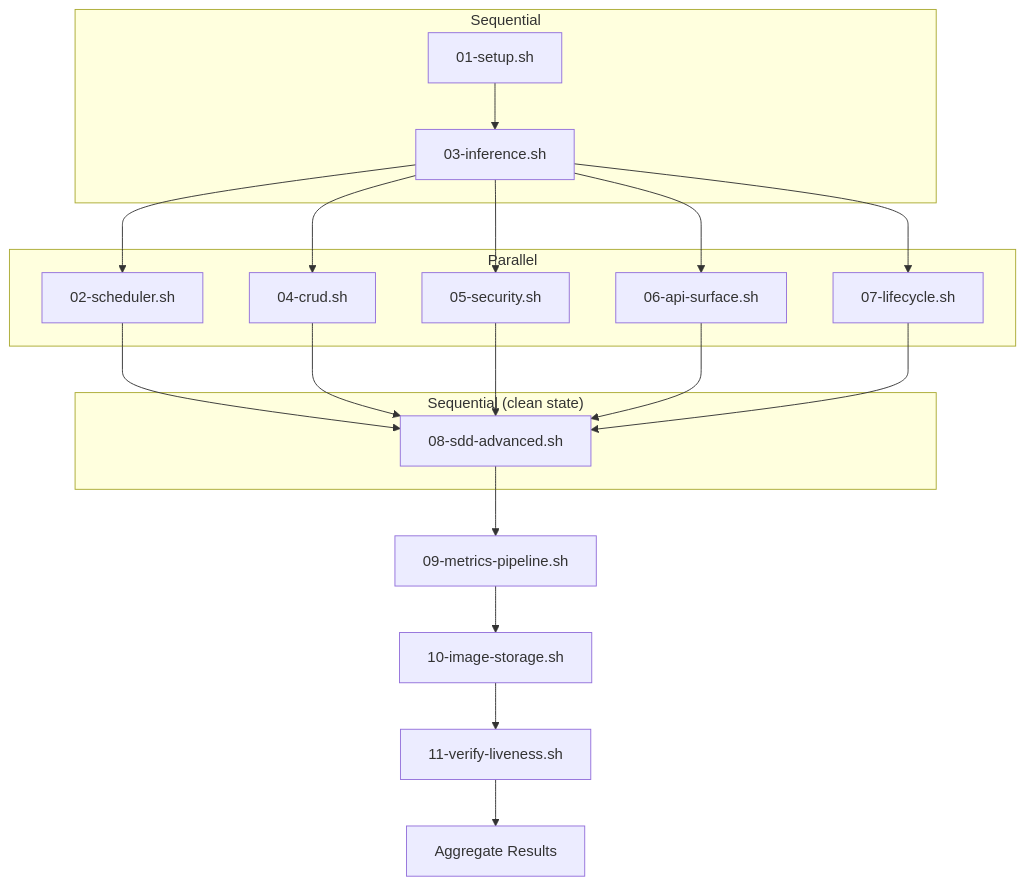
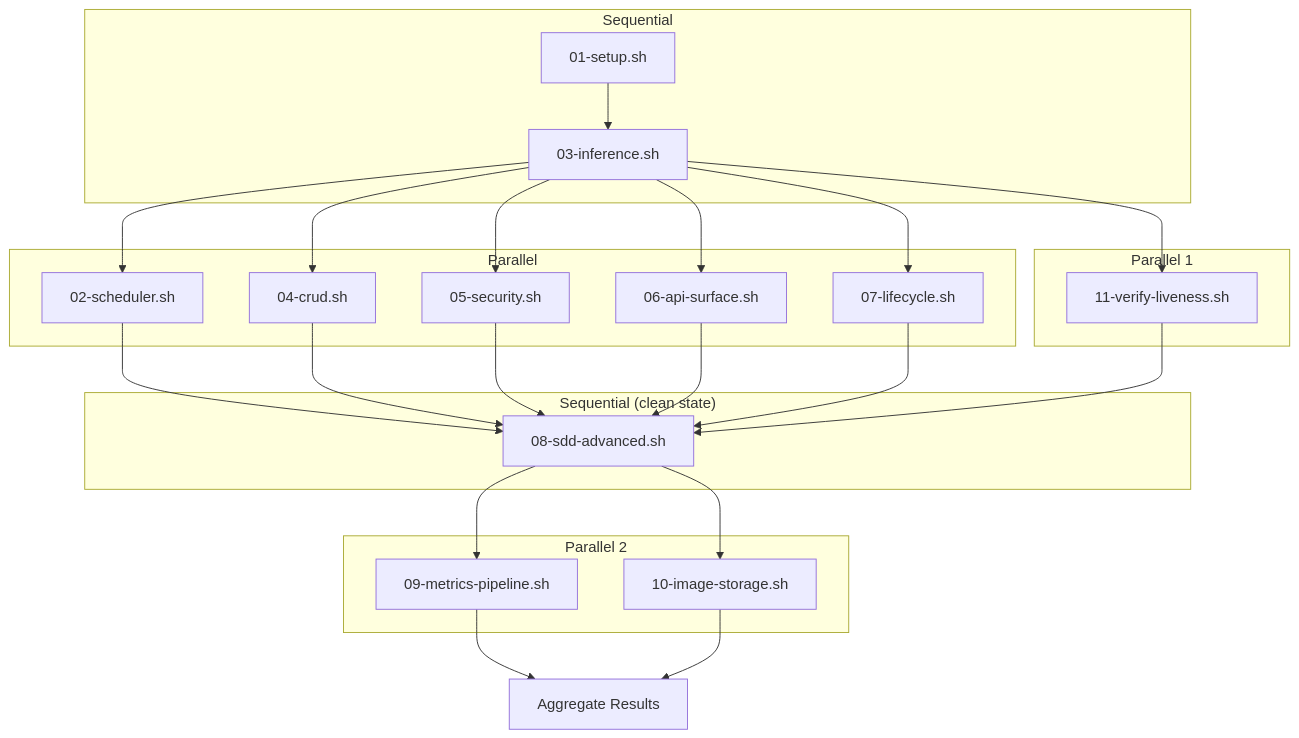
One commit to beegy-labs/veronex changed the first of 10 diagrams in scripts/e2e/README.md. Above: the diagram before and after it, drawn with Mermaid. The commit also changed other lines of this file and 73 other files, not shown here.

````diff
--- a/scripts/e2e/README.md
+++ b/scripts/e2e/README.md
@@ -23,27 +23,40 @@
 ```mermaid
 flowchart TD
     subgraph "Sequential"
         S01["01-setup.sh"]
         S03["03-inference.sh"]
         S01 --> S03
     end
 
     subgraph "Parallel"
         P02["02-scheduler.sh"]
         P04["04-crud.sh"]
         P05["05-security.sh"]
         P06["06-api-surface.sh"]
         P07["07-lifecycle.sh"]
     end
 
     subgraph "Sequential (clean state)"
         S08["08-sdd-advanced.sh"]
     end
 
-    S03 --> P02 & P04 & P05 & P06 & P07
-    P02 & P04 & P05 & P06 & P07 --> S08
-    S08 --> S09["09-metrics-pipeline.sh"]
-    S09 --> S10["10-image-storage.sh"]
-    S10 --> S11["11-verify-liveness.sh"]
-    S11 --> Result["Aggregate Results"]
+    S03 --> P02 & P04 & P05 & P06 & P07 & P11
+    P02 & P04 & P05 & P06 & P07 & P11 --> S08
+
+    subgraph "Parallel 1"
+        P02["02-scheduler.sh"]
+        P04["04-crud.sh"]
+        P05["05-security.sh"]
+        P06["06-api-surface.sh"]
+        P07["07-lifecycle.sh"]
+        P11["11-verify-liveness.sh"]
+    end
+
+    subgraph "Parallel 2"
+        P09["09-metrics-pipeline.sh"]
+        P10["10-image-storage.sh"]
+    end
+
+    S08 --> P09 & P10
+    P09 & P10 --> Result["Aggregate Results"]
 ```
````
